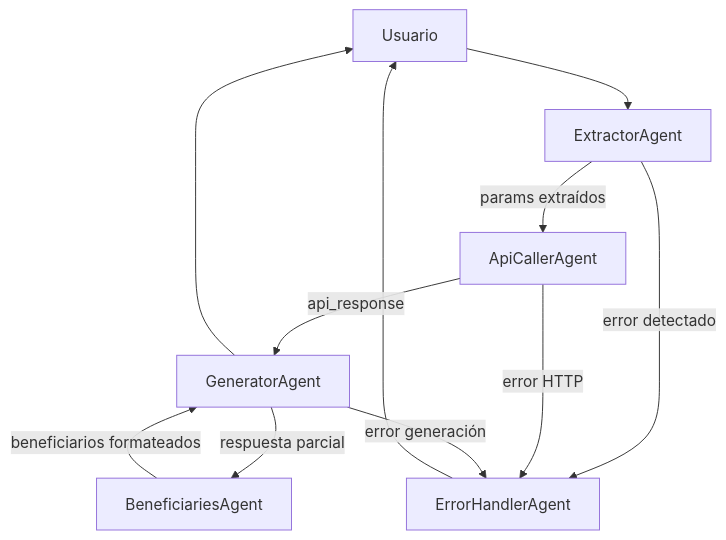
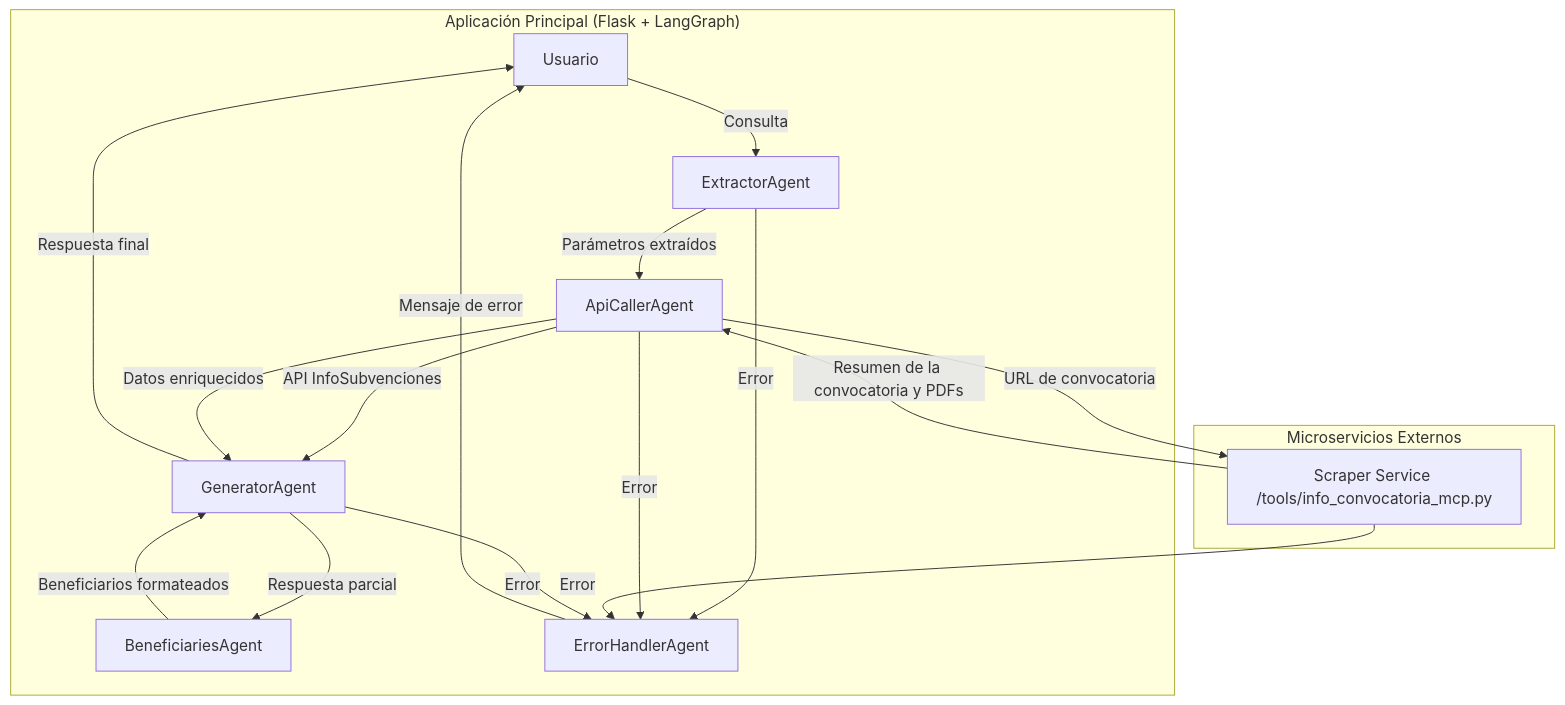
The diagram in README.md (albertofh98/orellana), drawn with Mermaid before and after one commit. The commit also changed other lines of this file and 3 other files, not shown here.

````diff
--- a/README.md
+++ b/README.md
@@ -248,22 +156,32 @@
 ```mermaid
 graph TD
-    U[Usuario]
-    E[ExtractorAgent]
-    A[ApiCallerAgent]
-    B[BeneficiariesAgent]
-    G[GeneratorAgent]
-    H[ErrorHandlerAgent]
+    subgraph "Aplicación Principal (Flask + LangGraph)"
+        U[Usuario]
+        E[ExtractorAgent]
+        A[ApiCallerAgent]
+        G[GeneratorAgent]
+        B[BeneficiariesAgent]
+        H[ErrorHandlerAgent]
+    end
 
-    U --> E
-    E -->|params extraídos| A
-    A -->|api_response| G
-    G -->|respuesta parcial| B
-    B -->|beneficiarios formateados| G
-    G --> U
+    subgraph "Microservicios Externos"
+        MCP[Scraper Service /tools/info_convocatoria_mcp.py]
+    end
 
-    %% Ruta de errores
-    E -->|error detectado| H
-    A -->|error HTTP| H
-    G -->|error generación| H
-    H --> U
+    U -->|Consulta| E
+    E -->|Parámetros extraídos| A
+    A -->|URL de convocatoria| MCP
+    A -->|API InfoSubvenciones| G
+    MCP -->|Resumen de la convocatoria y PDFs| A
+    A -->|Datos enriquecidos| G
+    G -->|Respuesta parcial| B
+    B -->|Beneficiarios formateados| G
+    G -->|Respuesta final| U
+
+    %% Rutas de errores
+    E -->|Error| H
+    A -->|Error| H
+    MCP -->|Error| H
+    G -->|Error| H
+    H -->|Mensaje de error| U
 ```
````
